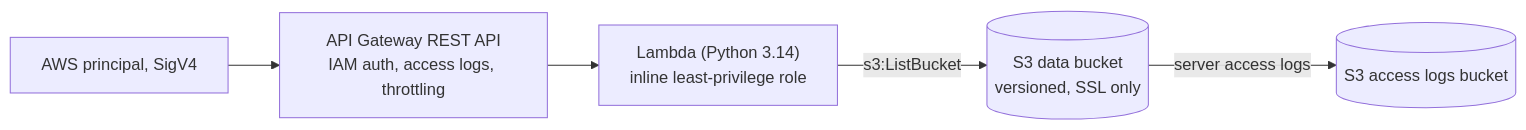
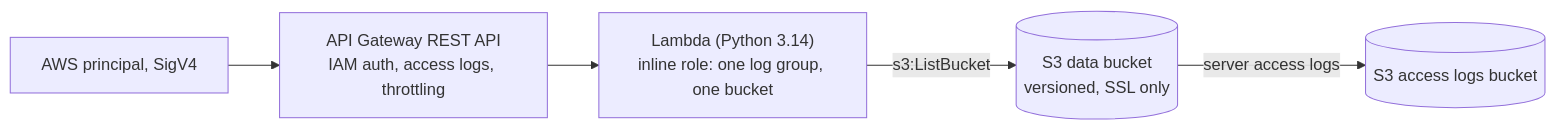
The second of 2 diagrams in README.md (gamaware/cdk-python-nag-pipeline-lab), drawn with Mermaid before and after one commit. The commit also changed other lines of this file and 19 other files, not shown here.

````diff
--- a/README.md
+++ b/README.md
@@ -49,7 +81,7 @@
 ```mermaid
 flowchart LR
     caller[AWS principal, SigV4] --> api["API Gateway REST API<br/>IAM auth, access logs, throttling"]
-    api --> fn["Lambda (Python 3.14)<br/>inline least-privilege role"]
+    api --> fn["Lambda (Python 3.14)<br/>inline role: one log group, one bucket"]
     fn -->|s3:ListBucket| data[(S3 data bucket<br/>versioned, SSL only)]
     data -->|server access logs| logs[(S3 access logs bucket)]
 ```
````
